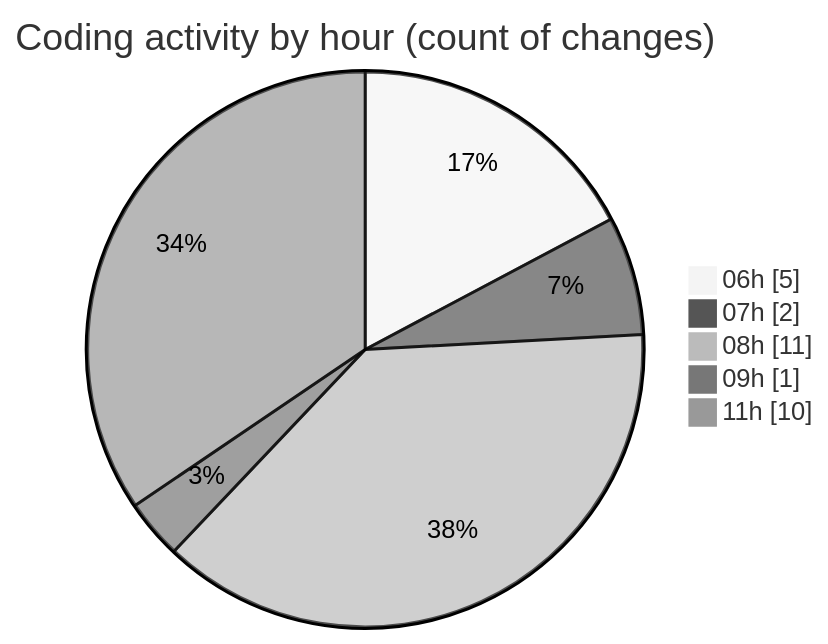
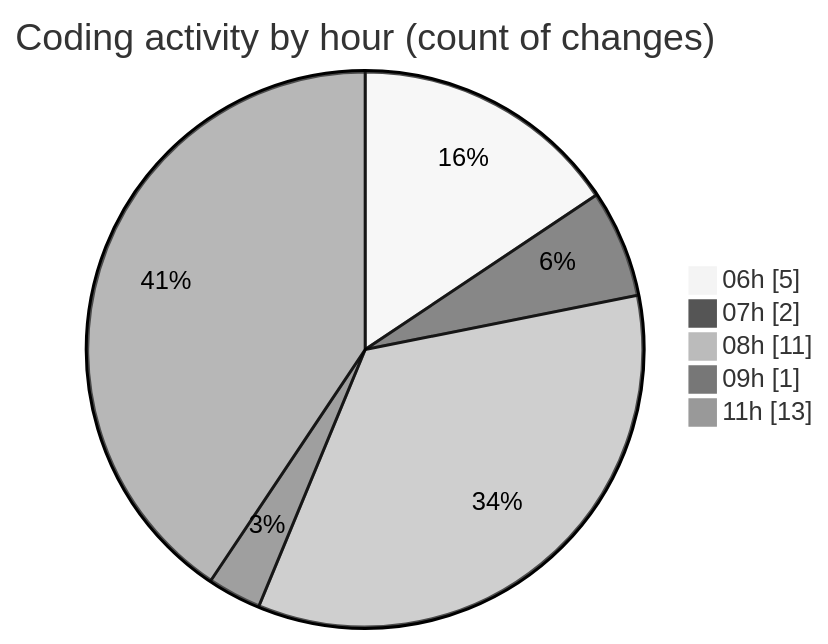
Before and after one commit to vahidmafi/code-tracking: the second of 2 diagrams in 2025-04-17/zeytoon/README.md, drawn with Mermaid (neutral theme). The commit also changed other lines of this file and 1 other file, not shown here.

````diff
--- a/2025-04-17/zeytoon/README.md
+++ b/2025-04-17/zeytoon/README.md
@@ -33,9 +33,9 @@
 ```mermaid
 pie showData
 title Coding activity by hour (count of changes)
 "06h" : 5
 "07h" : 2
 "08h" : 11
 "09h" : 1
-"11h" : 10
+"11h" : 13
 ```
````
